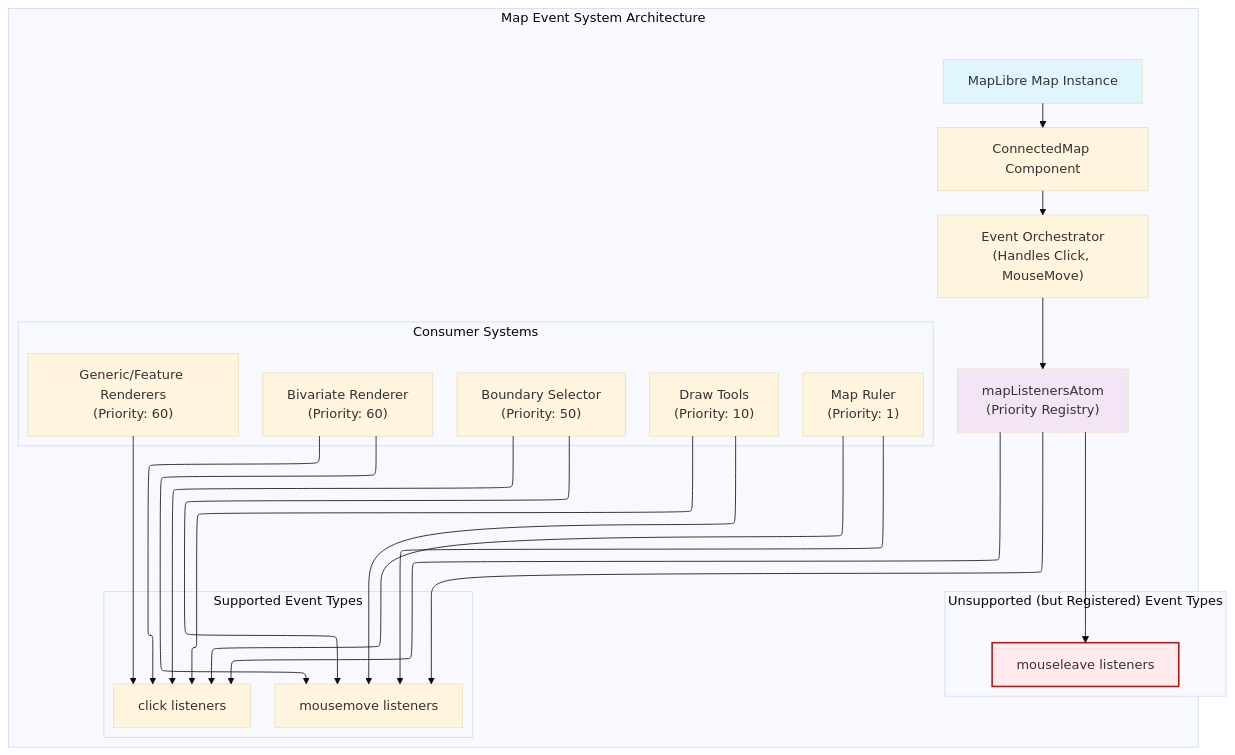
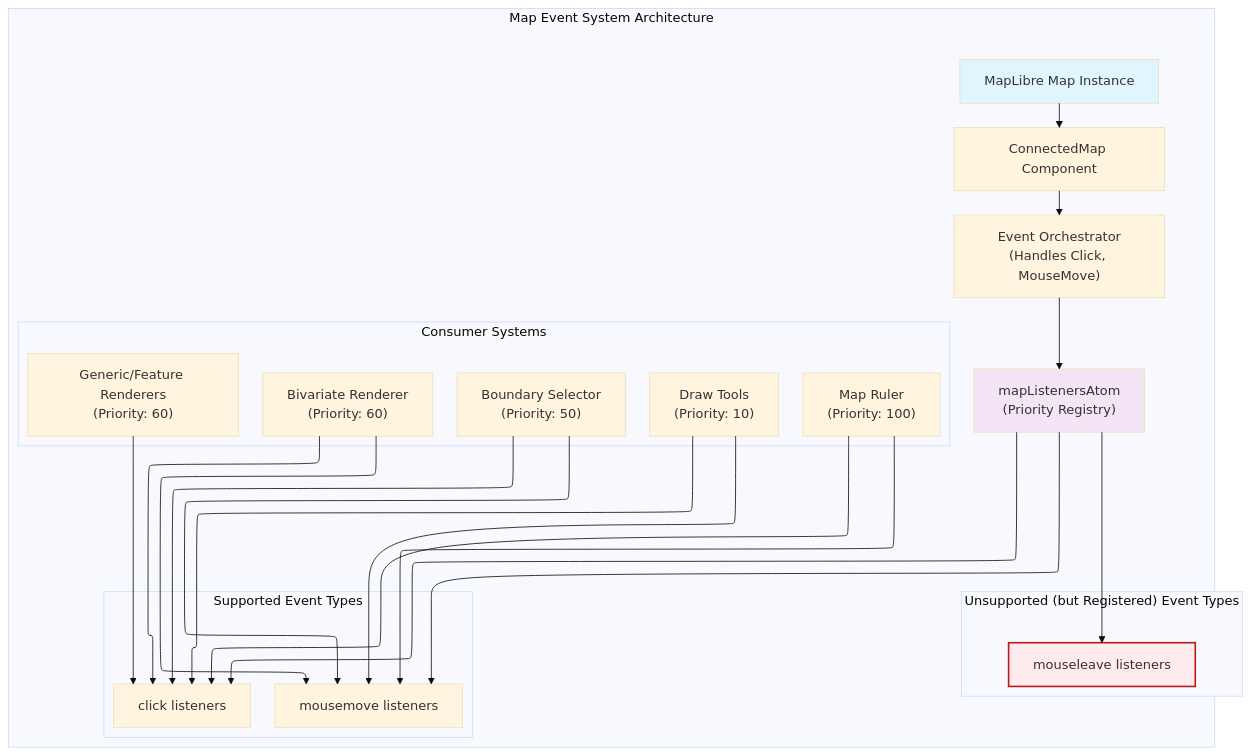
The first of 2 diagrams in docs/investigations/map-event-management-system.md (konturio/disaster-ninja-fe), drawn with Mermaid (base theme) before and after one commit. The commit also changed other lines of this file and 3 other files, not shown here.

First line of the commit message:
fix(map-ruler): disable layer clicks during measurement (#1236)

````diff
--- a/docs/investigations/map-event-management-system.md
+++ b/docs/investigations/map-event-management-system.md
@@ -18,43 +18,43 @@
 ```mermaid
 ---
 config:
   layout: elk
 ---
 graph TD
     subgraph "Map Event System Architecture"
         A["MapLibre Map Instance"] --> B["ConnectedMap Component"]
         B --> C["Event Orchestrator<br/>(Handles Click, MouseMove)"]
         C --> D["mapListenersAtom<br/>(Priority Registry)"]
 
         subgraph "Supported Event Types"
             E1["click listeners"]
             E2["mousemove listeners"]
         end
 
         subgraph "Unsupported (but Registered) Event Types"
             E3["mouseleave listeners"]
         end
 
         D --> E1
         D --> E2
         D --> E3
 
         subgraph "Consumer Systems"
-            F1["Map Ruler<br/>(Priority: 1)"]
+            F1["Map Ruler<br/>(Priority: 100)"]
             F2["Draw Tools<br/>(Priority: 10)"]
             F2_5["Boundary Selector<br/>(Priority: 50)"]
             F3["Generic/Feature Renderers<br/>(Priority: 60)"]
             F4["Bivariate Renderer<br/>(Priority: 60)"]
         end
 
         F1 --> E1 & E2
         F2 --> E1 & E2
         F2_5 --> E1 & E2
         F3 --> E1
         F4 --> E1 & E2
 
         style E3 fill:#ffebee,stroke:#b71c1c,stroke-width:2px
         style A fill:#e1f5fe
         style D fill:#f3e5f5
     end
 ```
````
